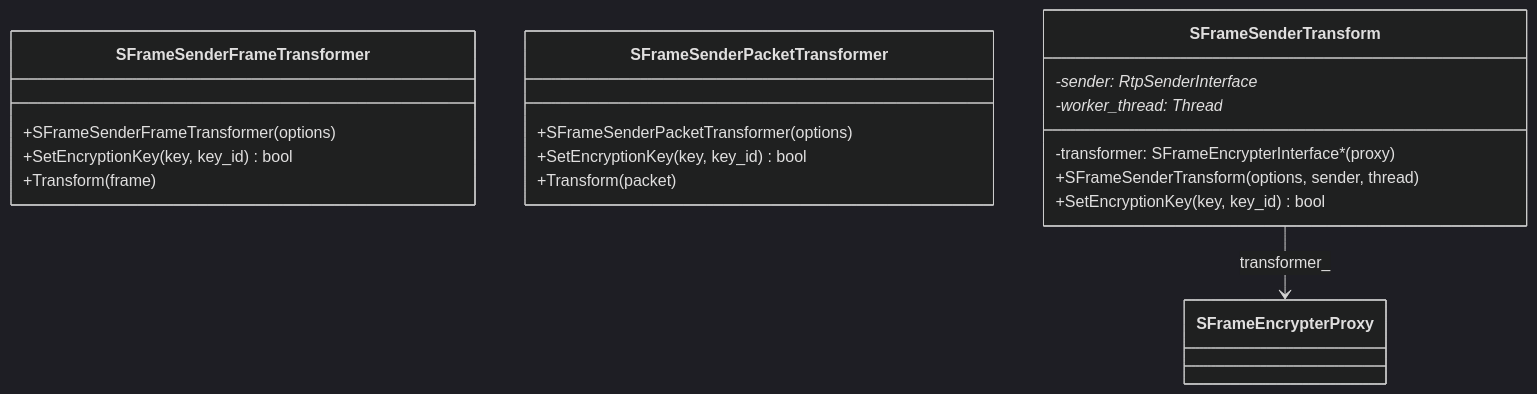
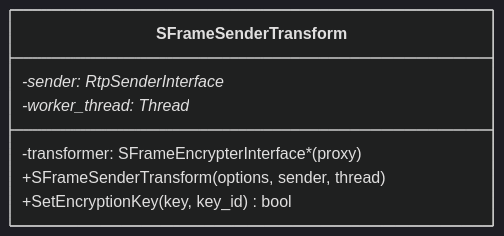
Before and after one commit to webex/webrtc-sframe: the ninth of 22 diagrams in README.md, drawn with Mermaid (dark theme). The commit also changed other lines of this file, not shown here.

Commit message:
architecture

````diff
--- a/README.md
+++ b/README.md
@@ -297,24 +291,10 @@
 ```mermaid
 classDiagram
-    class SFrameSenderFrameTransformer {
-        +SFrameSenderFrameTransformer(options)
-        +SetEncryptionKey(key, key_id) bool
-        +Transform(frame)
-    }
-
-    class SFrameSenderPacketTransformer {
-      +SFrameSenderPacketTransformer(options)
-      +SetEncryptionKey(key, key_id) bool
-      +Transform(packet)
-    }
-    
     class SFrameSenderTransform {
         -sender: RtpSenderInterface*
         -worker_thread: Thread*
         -transformer: SFrameEncrypterInterface* (proxy)
         +SFrameSenderTransform(options, sender, thread)
         +SetEncryptionKey(key, key_id) bool
     }
-    
-    SFrameSenderTransform --> SFrameEncrypterProxy : transformer_
 ```
````
